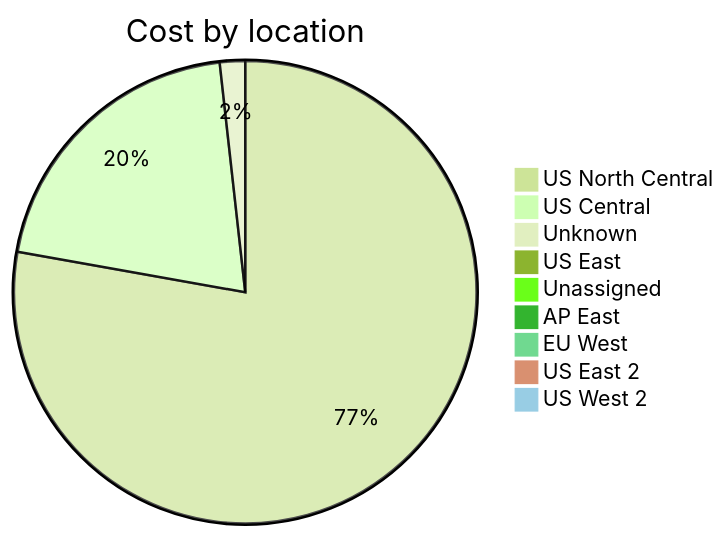
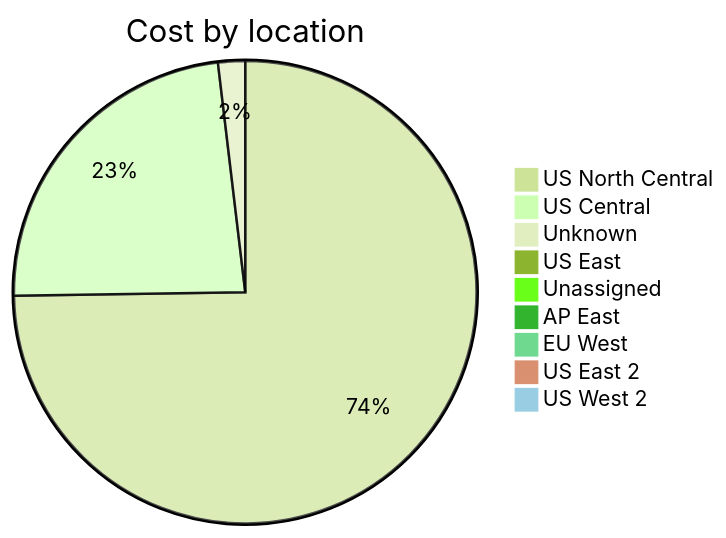
One commit to jpfulton/azure-personal-reports changed the third of 4 diagrams in cost-reports/accumulated-cost.md. Above: the diagram before and after it, drawn with Mermaid (forest theme). The commit also changed other lines of this file and 4 other files, not shown here.

````diff
--- a/cost-reports/accumulated-cost.md
+++ b/cost-reports/accumulated-cost.md
@@ -129,13 +129,13 @@
 ```mermaid
 pie
    title Cost by location
-   "US North Central" : 3.96
-   "US Central" : 1.04
-   "Unknown" : 0.09
-   "US East" : 0.02
-   "Unassigned" : 0.01
+   "US North Central" : 5.54
+   "US Central" : 1.73
+   "Unknown" : 0.14
+   "US East" : 0.03
+   "Unassigned" : 0.02
    "AP East" : 0.00
    "EU West" : 0.00
    "US East 2" : 0.00
    "US West 2" : 0.00
 ```
````
